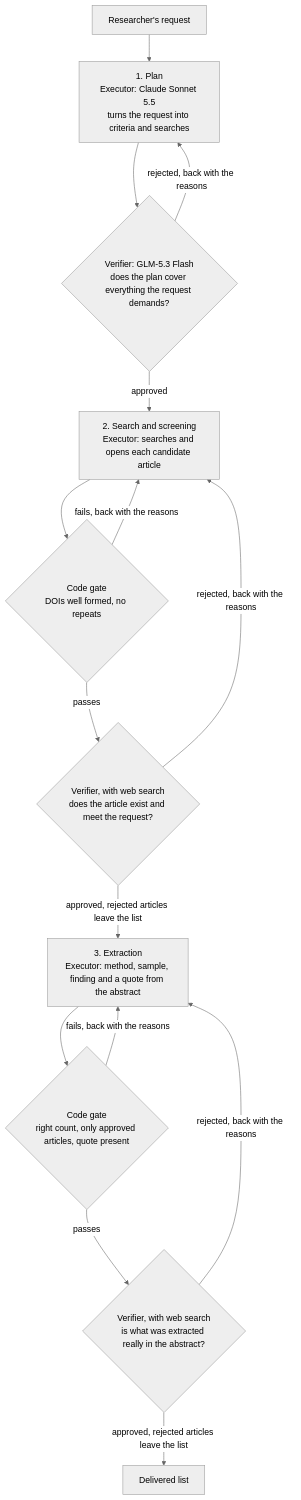
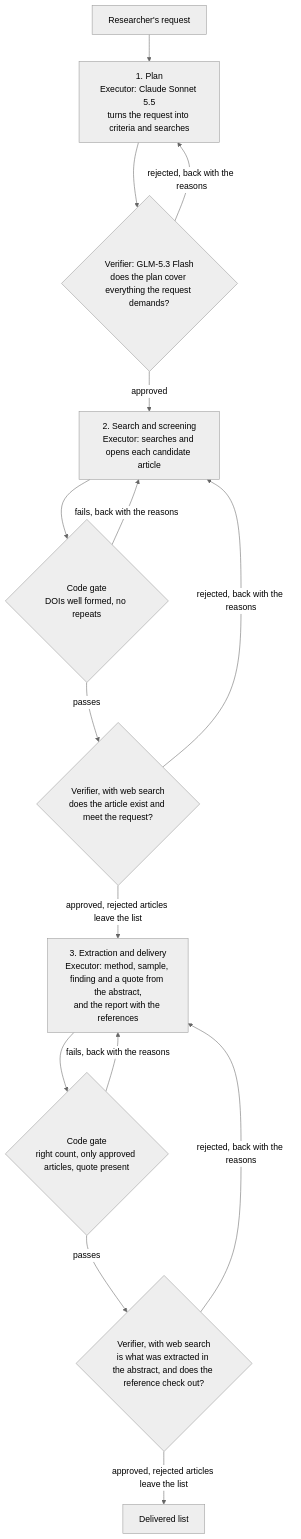
Before and after one commit to abajur-ai/ufrj-research-agents: the diagram in agents/level_2/README.md, drawn with Mermaid (neutral theme). The commit also changed other lines of this file and 24 other files, not shown here.

````diff
--- a/agents/level_2/README.md
+++ b/agents/level_2/README.md
@@ -33,17 +33,17 @@
 ```mermaid
 flowchart TD
     R["Researcher's request"] --> P["1. Plan<br/>Executor: Claude Sonnet 5.5<br/>turns the request into criteria and searches"]
     P --> PV{"Verifier: GLM-5.3 Flash<br/>does the plan cover everything the request demands?"}
     PV -->|rejected, back with the reasons| P
     PV -->|approved| S["2. Search and screening<br/>Executor: searches and opens each candidate article"]
     S --> SG{"Code gate<br/>DOIs well formed, no repeats"}
     SG -->|fails, back with the reasons| S
     SG -->|passes| SV{"Verifier, with web search<br/>does the article exist and meet the request?"}
     SV -->|rejected, back with the reasons| S
-    SV -->|approved, rejected articles leave the list| E["3. Extraction<br/>Executor: method, sample, finding and a quote from the abstract"]
+    SV -->|approved, rejected articles leave the list| E["3. Extraction and delivery<br/>Executor: method, sample, finding and a quote from the abstract,<br/>and the report with the references"]
     E --> EG{"Code gate<br/>right count, only approved articles, quote present"}
     EG -->|fails, back with the reasons| E
-    EG -->|passes| EV{"Verifier, with web search<br/>is what was extracted really in the abstract?"}
+    EG -->|passes| EV{"Verifier, with web search<br/>is what was extracted in the abstract, and does the reference check out?"}
     EV -->|rejected, back with the reasons| E
     EV -->|approved, rejected articles leave the list| D["Delivered list"]
 ```
````
